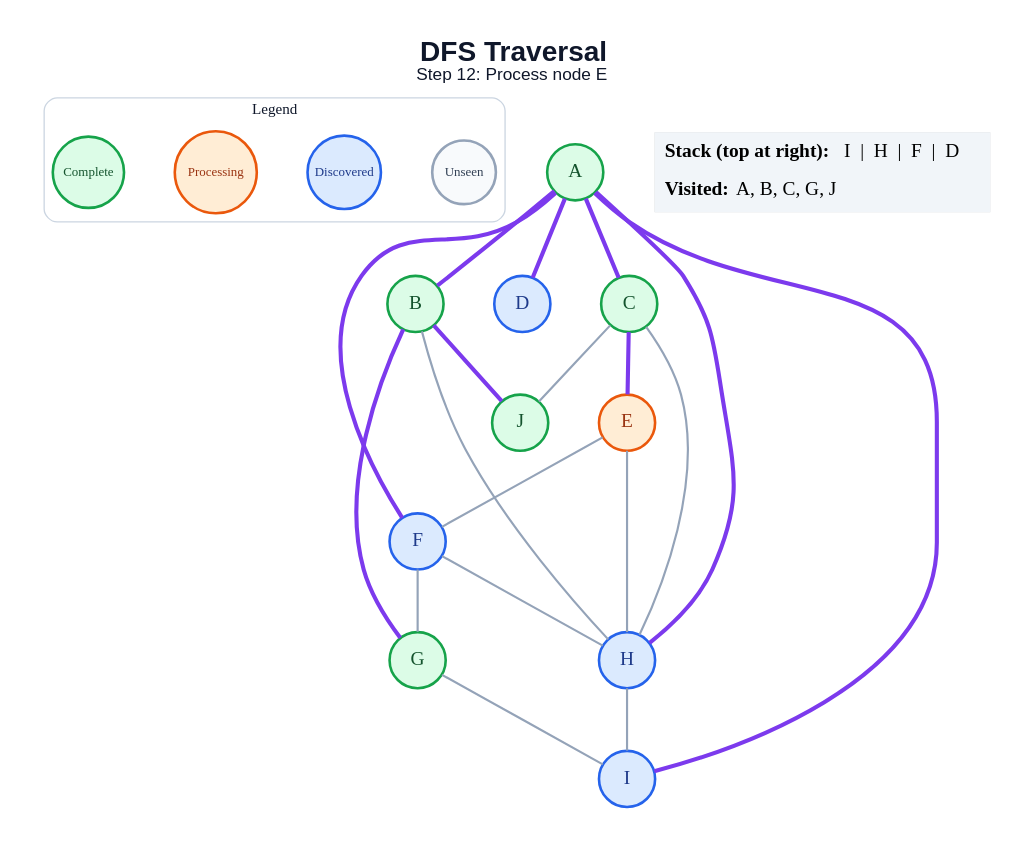
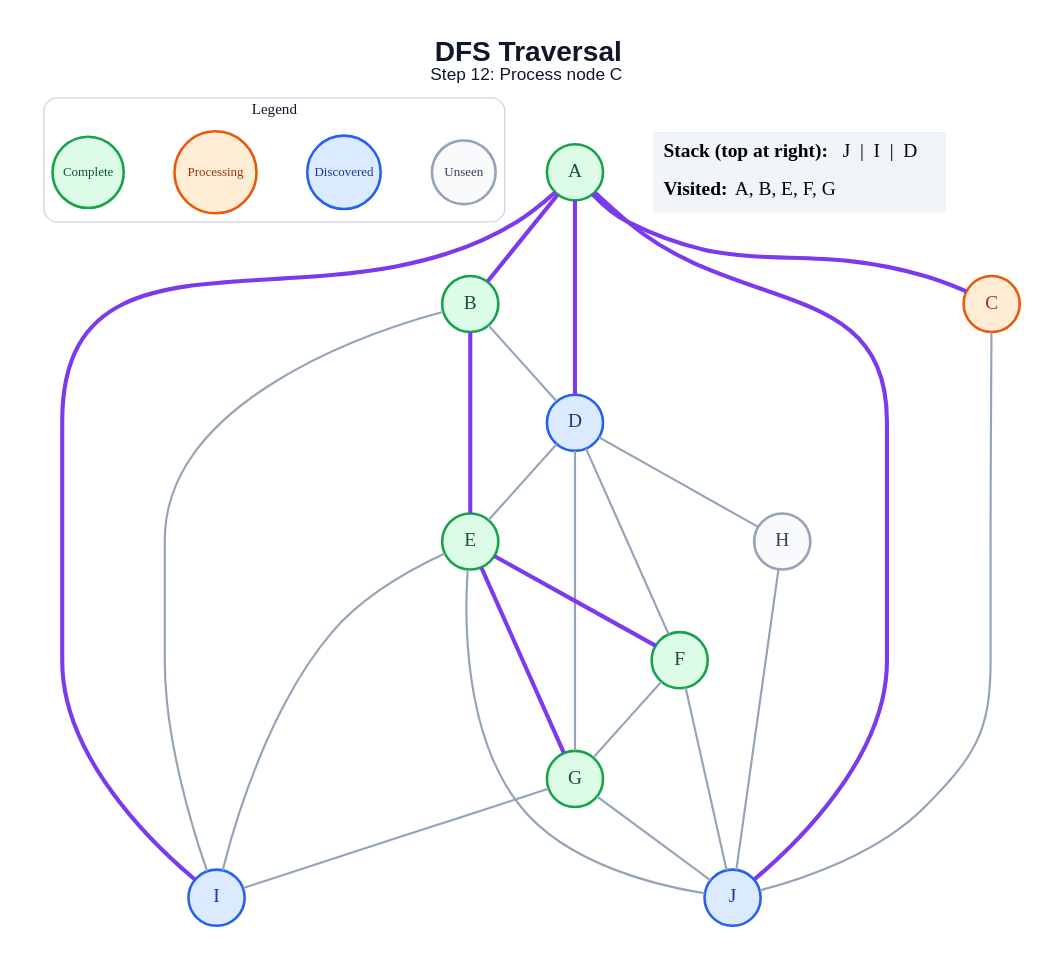
The diagram in generated/dfs/step_12.dot (amanghodawala9/ai-slop), drawn with Graphviz before and after one commit. The commit also changed 178 other files, not shown here.

```diff
--- a/generated/dfs/step_12.dot
+++ b/generated/dfs/step_12.dot
@@ -1,47 +1,51 @@
 graph traversal {
   graph [layout=dot, rankdir=TB, bgcolor="#FFFFFF", pad="0.35", nodesep="0.65", ranksep="0.8", fontname="Arial"];
   node [shape=circle, style="filled", fontname="Arial Bold", fontsize=18, width=0.72, fixedsize=true, penwidth=2.4];
   edge [color="#94A3B8", penwidth=2.0];
-  label=<<B>DFS Traversal</B><BR/><FONT POINT-SIZE="16">Step 12: Process node E</FONT>>; labelloc="t"; fontsize=26; fontname="Arial"; fontcolor="#0F172A";
+  label=<<B>DFS Traversal</B><BR/><FONT POINT-SIZE="16">Step 12: Process node C</FONT>>; labelloc="t"; fontsize=26; fontname="Arial"; fontcolor="#0F172A";
   subgraph cluster_legend { label="Legend"; color="#CBD5E1"; penwidth=1.2; style="rounded"; fontsize=14; fontname="Arial Bold";
     key_unseen [label="Unseen", fillcolor="#F8FAFC", color="#94A3B8", fontcolor="#334155", fontsize=12, width=0.82];
     key_frontier [label="Discovered", fillcolor="#DBEAFE", color="#2563EB", fontcolor="#1E3A8A", fontsize=12, width=0.95];
     key_current [label="Processing", fillcolor="#FFEDD5", color="#EA580C", fontcolor="#9A3412", fontsize=12, width=1.05];
     key_done [label="Complete", fillcolor="#DCFCE7", color="#16A34A", fontcolor="#14532D", fontsize=12, width=0.92];
     { rank=same; key_unseen; key_frontier; key_current; key_done; }
   }
   A [fillcolor="#DCFCE7", color="#16A34A", fontcolor="#14532D"];
   B [fillcolor="#DCFCE7", color="#16A34A", fontcolor="#14532D"];
-  C [fillcolor="#DCFCE7", color="#16A34A", fontcolor="#14532D"];
+  C [fillcolor="#FFEDD5", color="#EA580C", fontcolor="#9A3412"];
   D [fillcolor="#DBEAFE", color="#2563EB", fontcolor="#1E3A8A"];
-  E [fillcolor="#FFEDD5", color="#EA580C", fontcolor="#9A3412"];
-  F [fillcolor="#DBEAFE", color="#2563EB", fontcolor="#1E3A8A"];
+  E [fillcolor="#DCFCE7", color="#16A34A", fontcolor="#14532D"];
+  F [fillcolor="#DCFCE7", color="#16A34A", fontcolor="#14532D"];
   G [fillcolor="#DCFCE7", color="#16A34A", fontcolor="#14532D"];
-  H [fillcolor="#DBEAFE", color="#2563EB", fontcolor="#1E3A8A"];
+  H [fillcolor="#F8FAFC", color="#94A3B8", fontcolor="#334155"];
   I [fillcolor="#DBEAFE", color="#2563EB", fontcolor="#1E3A8A"];
-  J [fillcolor="#DCFCE7", color="#16A34A", fontcolor="#14532D"];
+  J [fillcolor="#DBEAFE", color="#2563EB", fontcolor="#1E3A8A"];
   A -- B [color="#7C3AED", penwidth=3.8];
   A -- C [color="#7C3AED", penwidth=3.8];
   A -- D [color="#7C3AED", penwidth=3.8];
-  A -- F [color="#7C3AED", penwidth=3.8];
-  A -- H [color="#7C3AED", penwidth=3.8];
   A -- I [color="#7C3AED", penwidth=3.8];
-  B -- G [color="#7C3AED", penwidth=3.8];
-  B -- H;
-  B -- J [color="#7C3AED", penwidth=3.8];
-  C -- E [color="#7C3AED", penwidth=3.8];
-  C -- H;
+  A -- J [color="#7C3AED", penwidth=3.8];
+  B -- D;
+  B -- E [color="#7C3AED", penwidth=3.8];
+  B -- I;
   C -- J;
-  E -- F;
-  E -- H;
+  D -- E;
+  D -- F;
+  D -- G;
+  D -- H;
+  E -- F [color="#7C3AED", penwidth=3.8];
+  E -- G [color="#7C3AED", penwidth=3.8];
+  E -- I;
+  E -- J;
   F -- G;
-  F -- H;
+  F -- J;
   G -- I;
-  H -- I;
+  G -- J;
+  H -- J;
   status [shape=plain, fixedsize=false, width=0, height=0, margin=0, label=<
     <TABLE BORDER="0" CELLBORDER="0" CELLPADDING="7" BGCOLOR="#F1F5F9">
-      <TR><TD ALIGN="LEFT"><B>Stack (top at right):</B> I  |  H  |  F  |  D</TD></TR>
-      <TR><TD ALIGN="LEFT"><B>Visited:</B> A, B, C, G, J</TD></TR>
+      <TR><TD ALIGN="LEFT"><B>Stack (top at right):</B> J  |  I  |  D</TD></TR>
+      <TR><TD ALIGN="LEFT"><B>Visited:</B> A, B, E, F, G</TD></TR>
     </TABLE>
   >];
 }
```
